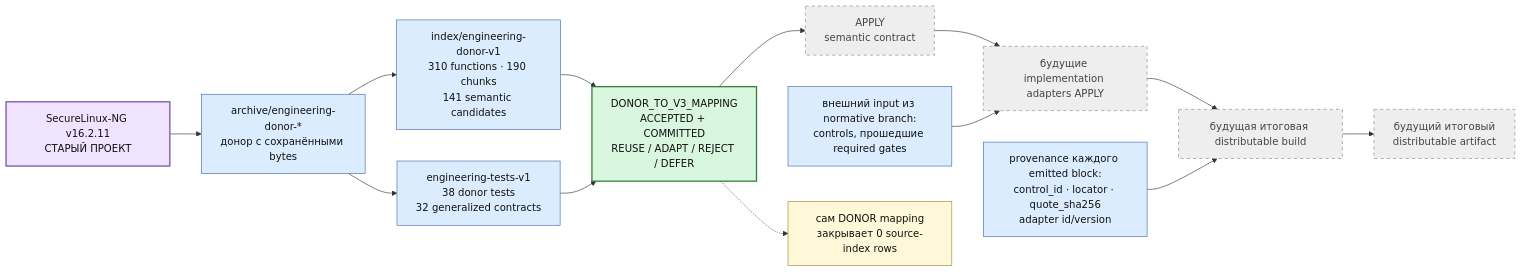
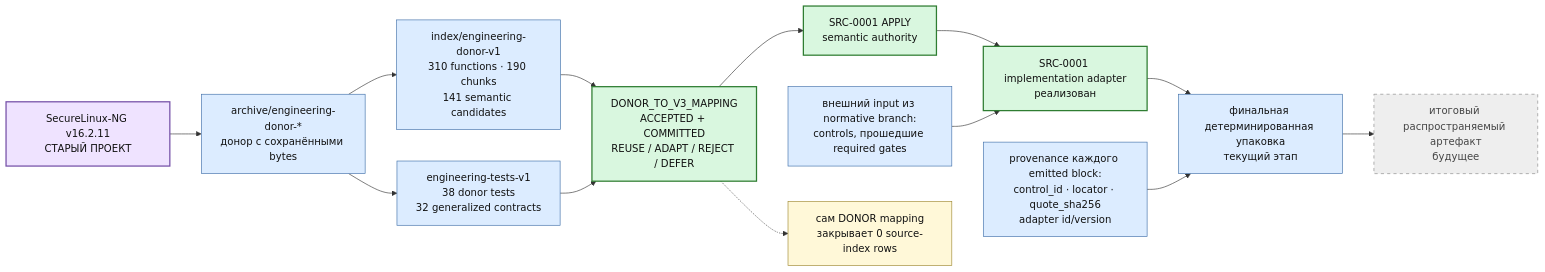
Before and after one commit to rasav65/SecureLinux-Policy: the fourth of 6 diagrams in docs/PROJECT-MAP-v3.md, drawn with Mermaid. The commit also changed other lines of this file and 64 other files, not shown here.

Commit message:
Implement SRC-0001 APPLY, bind contracts and align documentation

````diff
--- a/docs/PROJECT-MAP-v3.md
+++ b/docs/PROJECT-MAP-v3.md
@@ -230,37 +243,37 @@
 ```mermaid
 flowchart LR
     OLD["SecureLinux-NG v16.2.11<br/>СТАРЫЙ ПРОЕКТ"]:::donor
 
     ARCHIVE["archive/engineering-donor-*<br/>донор с сохранёнными bytes"]:::component
     DONOR_INDEX["index/engineering-donor-v1<br/>310 functions · 190 chunks<br/>141 semantic candidates"]:::component
     DONOR_TESTS["engineering-tests-v1<br/>38 donor tests<br/>32 generalized contracts"]:::component
 
     MAP["DONOR_TO_V3_MAPPING<br/>ACCEPTED + COMMITTED<br/>REUSE / ADAPT / REJECT / DEFER"]:::closed
-    APPLY["APPLY<br/>semantic contract"]:::future
-    ADAPTERS["будущие implementation adapters APPLY"]:::future
-    BUILD["будущая итоговая distributable build"]:::future
-    SCRIPT["будущий итоговый<br/>distributable artifact"]:::future
+    APPLY["SRC-0001 APPLY<br/>semantic authority"]:::closed
+    ADAPTERS["SRC-0001 implementation adapter<br/>реализован"]:::closed
+    BUILD["финальная детерминированная упаковка<br/>текущий этап"]:::component
+    SCRIPT["итоговый распространяемый артефакт<br/>будущее"]:::future
 
     OLD --> ARCHIVE
     ARCHIVE --> DONOR_INDEX
     ARCHIVE --> DONOR_TESTS
     DONOR_INDEX --> MAP
     DONOR_TESTS --> MAP
 
     MAP --> APPLY --> ADAPTERS --> BUILD --> SCRIPT
 
     NORMIN["внешний input из normative branch:<br/>controls, прошедшие required gates"]:::component
     NORMIN --> ADAPTERS
 
     PROVOUT["provenance каждого emitted block:<br/>control_id · locator · quote_sha256<br/>adapter id/version"]:::component
     PROVOUT --> BUILD
 
     ZERO["сам DONOR mapping<br/>закрывает 0 source-index rows"]:::note
     MAP -.-> ZERO
 
     classDef donor fill:#efe3ff,stroke:#7651a8,color:#111,stroke-width:2px;
     classDef closed fill:#d9f7df,stroke:#2f7d32,color:#111,stroke-width:2px;
     classDef component fill:#dcecff,stroke:#3e6ea8,color:#111;
     classDef future fill:#eeeeee,stroke:#888,color:#444,stroke-dasharray: 5 5;
     classDef note fill:#fff8d8,stroke:#9d8730,color:#111;
 ```
````
